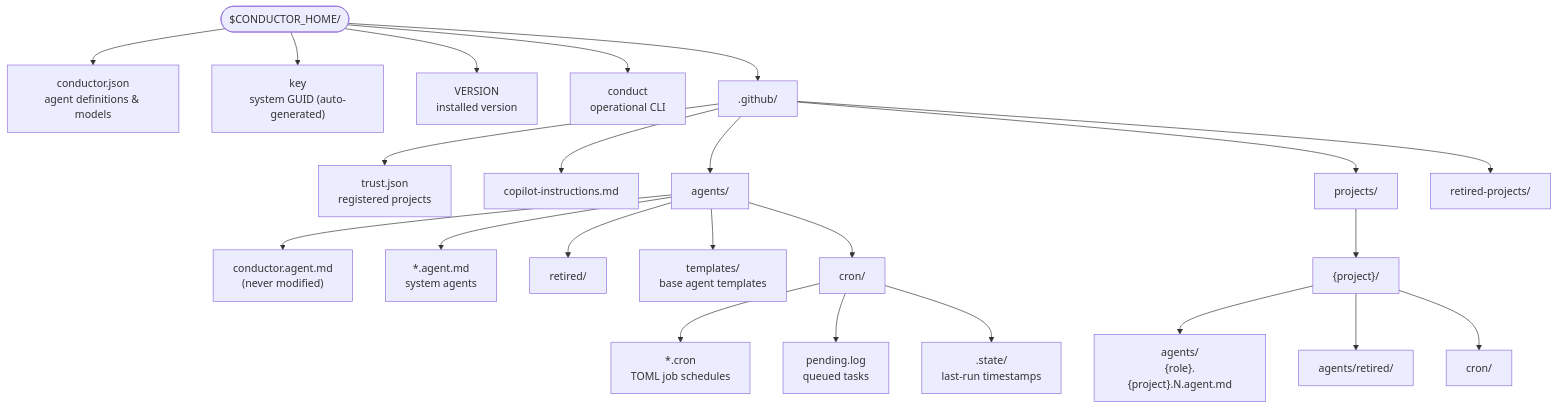
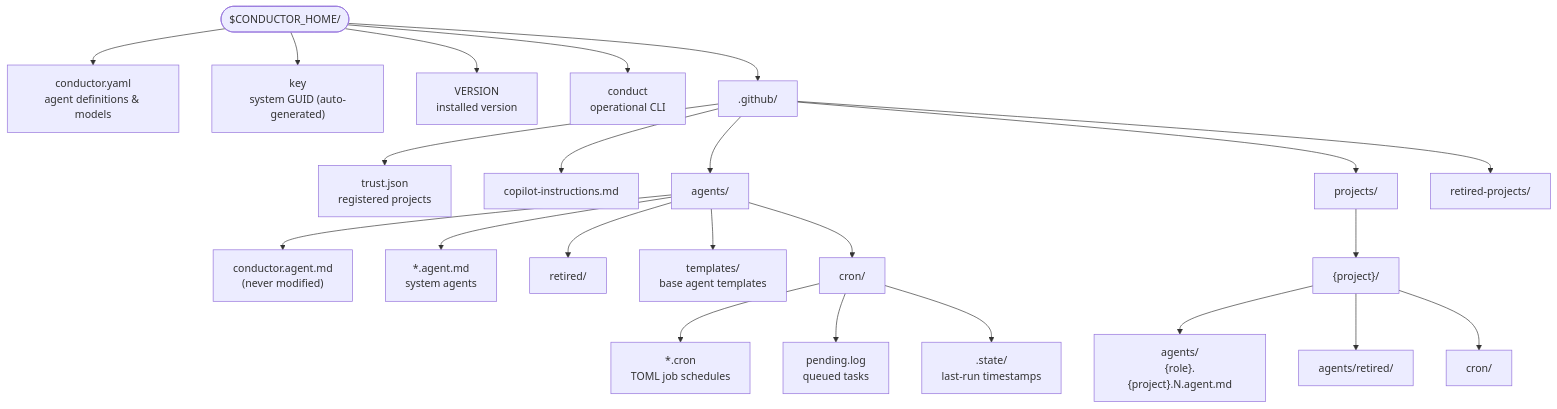
Before and after one commit to oliben67/copilot-conductor: the fifth of 9 diagrams in README.md, drawn with Mermaid. The commit also changed other lines of this file and 1 other file, not shown here.

````diff
--- a/README.md
+++ b/README.md
@@ -375,31 +374,31 @@
 ```mermaid
 graph TD
     HOME(["$CONDUCTOR_HOME/"])
 
-    HOME --> CJ["conductor.json\nagent definitions & models"]
+    HOME --> CJ["conductor.yaml\nagent definitions & models"]
     HOME --> KEY["key\nsystem GUID (auto-generated)"]
     HOME --> VER["VERSION\ninstalled version"]
     HOME --> CONDUCT["conduct\noperational CLI"]
     HOME --> GH[".github/"]
 
     GH --> TJ["trust.json\nregistered projects"]
     GH --> CI["copilot-instructions.md"]
     GH --> AG["agents/"]
     GH --> PR["projects/"]
     GH --> RP["retired-projects/"]
 
     AG --> CA["conductor.agent.md\n(never modified)"]
     AG --> SA["*.agent.md\nsystem agents"]
     AG --> RET["retired/"]
     AG --> TPL["templates/\nbase agent templates"]
     AG --> CR["cron/"]
 
     CR --> CF["*.cron\nTOML job schedules"]
     CR --> PL["pending.log\nqueued tasks"]
     CR --> ST[".state/\nlast-run timestamps"]
 
     PR --> PROJ["{project}/"]
     PROJ --> PA["agents/\n{role}.{project}.N.agent.md"]
     PROJ --> PRET["agents/retired/"]
     PROJ --> PC["cron/"]
 ```
````
